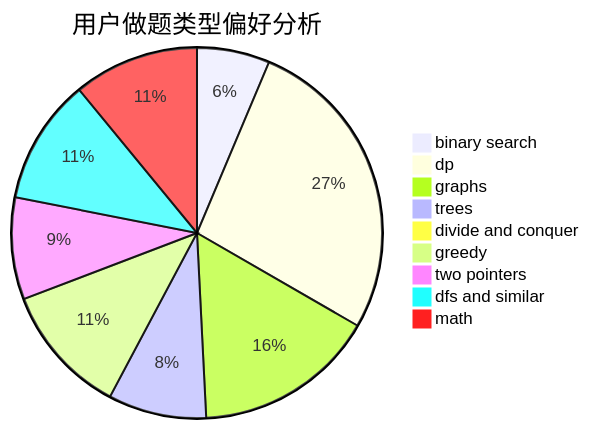
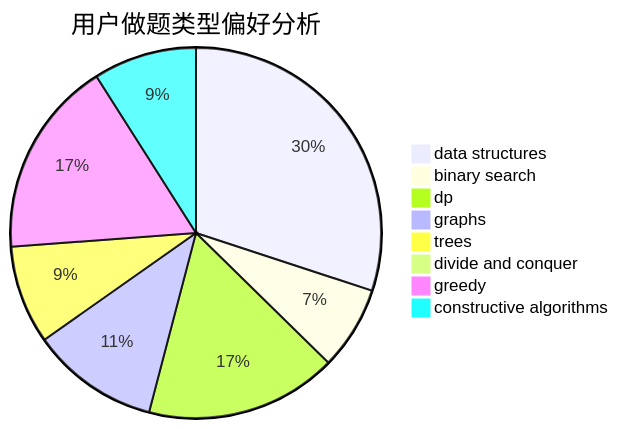
The second of 3 diagrams in docs/user/u1873.md (sherpahu/cfrs.github.io), drawn with Mermaid before and after one commit. The commit also changed other lines of this file and 2775 other files, not shown here.

````diff
--- a/docs/user/u1873.md
+++ b/docs/user/u1873.md
@@ -23,12 +23,11 @@
 ```mermaid
 pie title 用户做题类型偏好分析
-    "binary search" :  40
-    "dp" :  170
-    "graphs" :  100
-    "trees" :  54
-    "divide and conquer" :  6
-    "greedy" :  72
-    "two pointers" :  56
-    "dfs and similar" :  69
-    "math" :  69
+    "data structures" :  70
+    "binary search" :  17
+    "dp" :  39
+    "graphs" :  26
+    "trees" :  20
+    "divide and conquer" :  0
+    "greedy" :  40
+    "constructive algorithms" :  21
 ```
````
